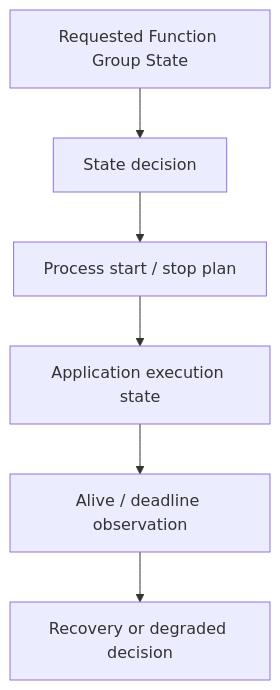
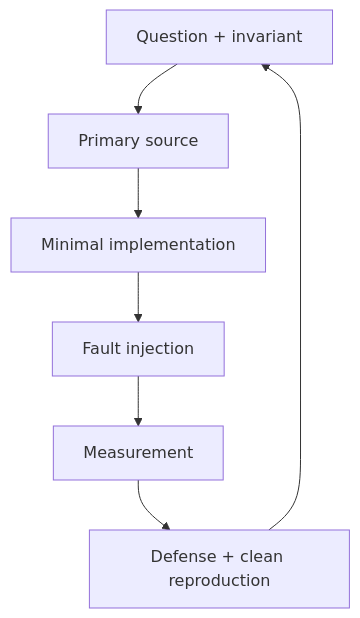
Before and after one commit to ThePo1es/adaptive-vehicle-platform-lab: the first of 2 diagrams in docs/learning-strategy.md, drawn with Mermaid. The commit also changed other lines of this file and 33 other files, not shown here.

````diff
--- a/docs/learning-strategy.md
+++ b/docs/learning-strategy.md
@@ -46,8 +30,9 @@
 ```mermaid
 flowchart TB
-    Requested["Requested Function Group State"] --> SM["State decision"]
-    SM --> EM["Process start / stop plan"]
-    EM --> Report["Application execution state"]
-    Report --> PHM["Alive / deadline observation"]
-    PHM --> Recovery["Recovery or degraded decision"]
+    Q["Question + invariant"] --> S["Primary source"]
+    S --> I["Minimal implementation"]
+    I --> F["Fault injection"]
+    F --> M["Measurement"]
+    M --> D["Defense + clean reproduction"]
+    D --> Q
 ```
````
